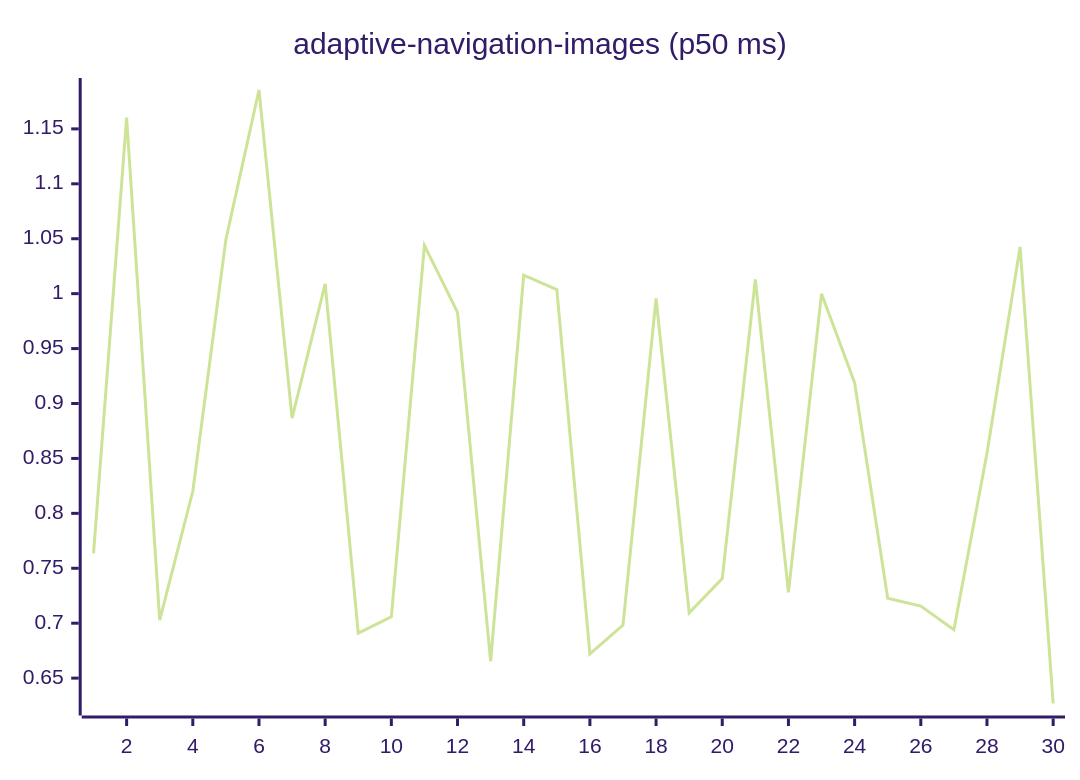
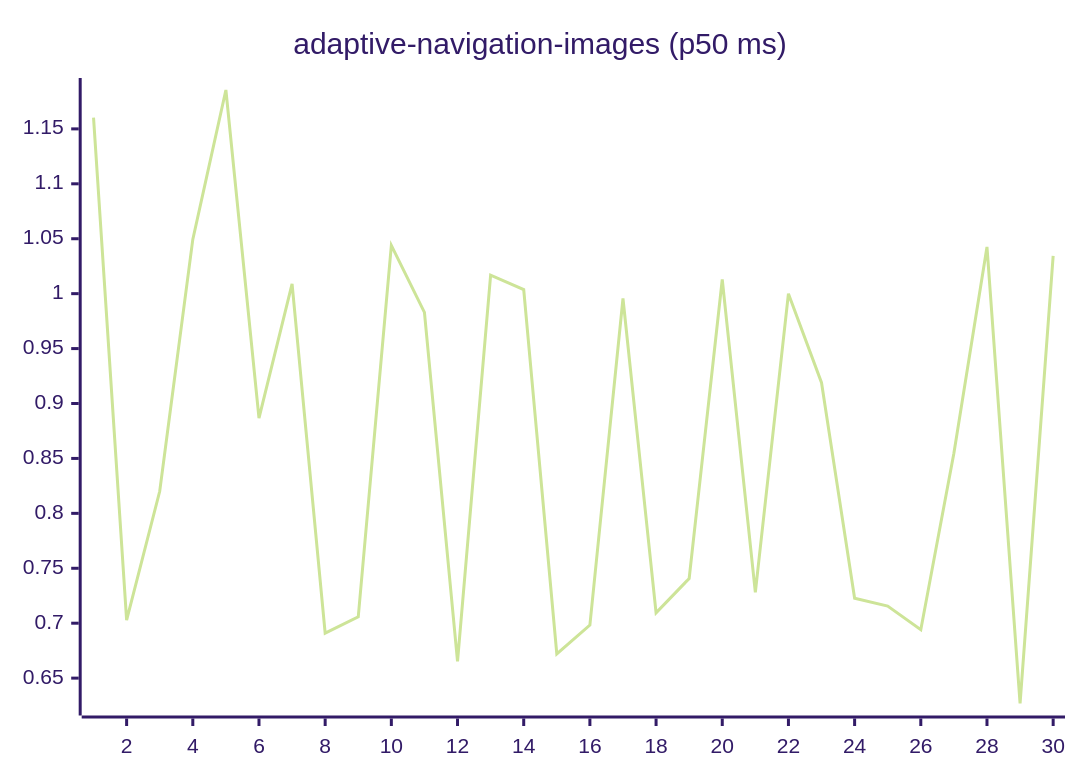
The first of 27 diagrams in README.md (josha/Facet), drawn with Mermaid (forest theme) before and after one commit. The commit also changed other lines of this file and 2 other files, not shown here.

````diff
--- a/README.md
+++ b/README.md
@@ -63,6 +63,6 @@
 ```mermaid
 xychart-beta
     title "adaptive-navigation-images (p50 ms)"
     x-axis 1 --> 30
-    line [0.7635, 1.1603, 0.7028, 0.8201, 1.0494, 1.1854, 0.8867, 1.0090, 0.6909, 0.7058, 1.0439, 0.9829, 0.6652, 1.0169, 1.0037, 0.6721, 0.6983, 0.9956, 0.7094, 0.7407, 1.0129, 0.7280, 1.0000, 0.9189, 0.7227, 0.7156, 0.6941, 0.8547, 1.0425, 0.6269]
+    line [1.1603, 0.7028, 0.8201, 1.0494, 1.1854, 0.8867, 1.0090, 0.6909, 0.7058, 1.0439, 0.9829, 0.6652, 1.0169, 1.0037, 0.6721, 0.6983, 0.9956, 0.7094, 0.7407, 1.0129, 0.7280, 1.0000, 0.9189, 0.7227, 0.7156, 0.6941, 0.8547, 1.0425, 0.6269, 1.0344]
 ```
````
